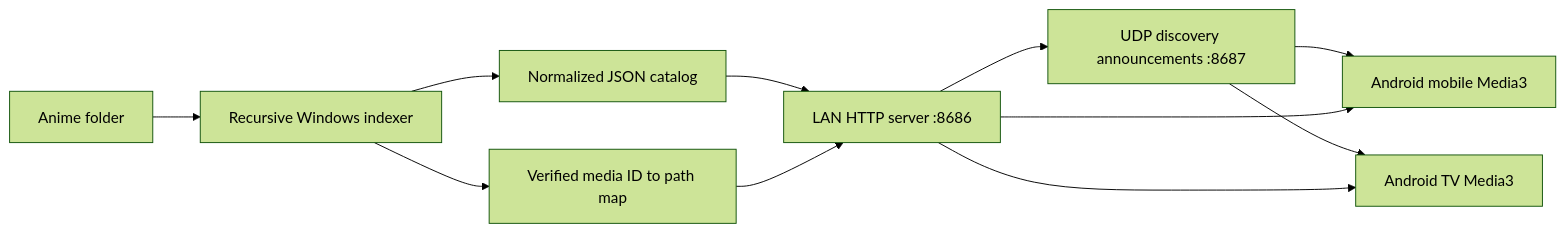
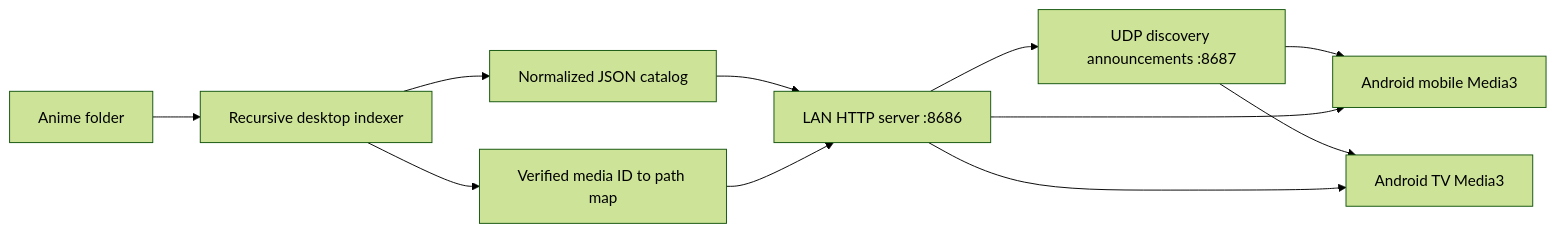
The second of 4 diagrams in docs/architecture.md (Energy0124/Danmaku), drawn with Mermaid (forest theme) before and after one commit. The commit also changed other lines of this file and 21 other files, not shown here.

````diff
--- a/docs/architecture.md
+++ b/docs/architecture.md
@@ -125,13 +126,13 @@
 ```mermaid
 flowchart LR
-    Folder["Anime folder"] --> Indexer["Recursive Windows indexer"]
+    Folder["Anime folder"] --> Indexer["Recursive desktop indexer"]
     Indexer --> Catalog["Normalized JSON catalog"]
     Indexer --> Files["Verified media ID to path map"]
     Catalog --> Server["LAN HTTP server :8686"]
     Files --> Server
     Server --> Discovery["UDP discovery announcements :8687"]
     Discovery --> Mobile
     Discovery --> TV
     Server --> Mobile["Android mobile Media3"]
     Server --> TV["Android TV Media3"]
 ```
````
